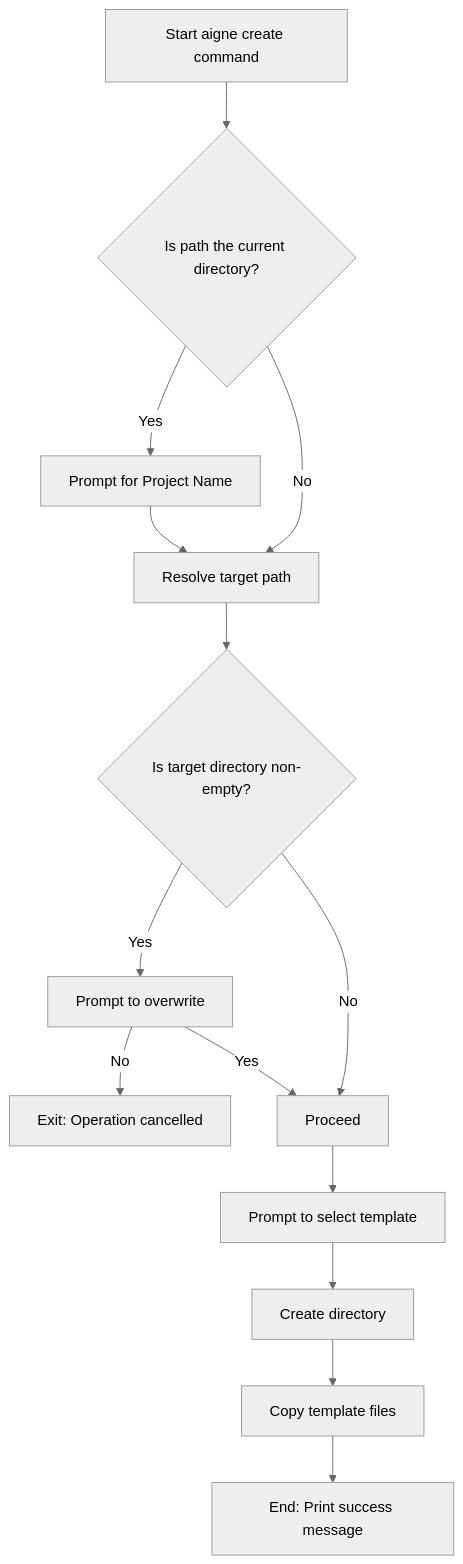
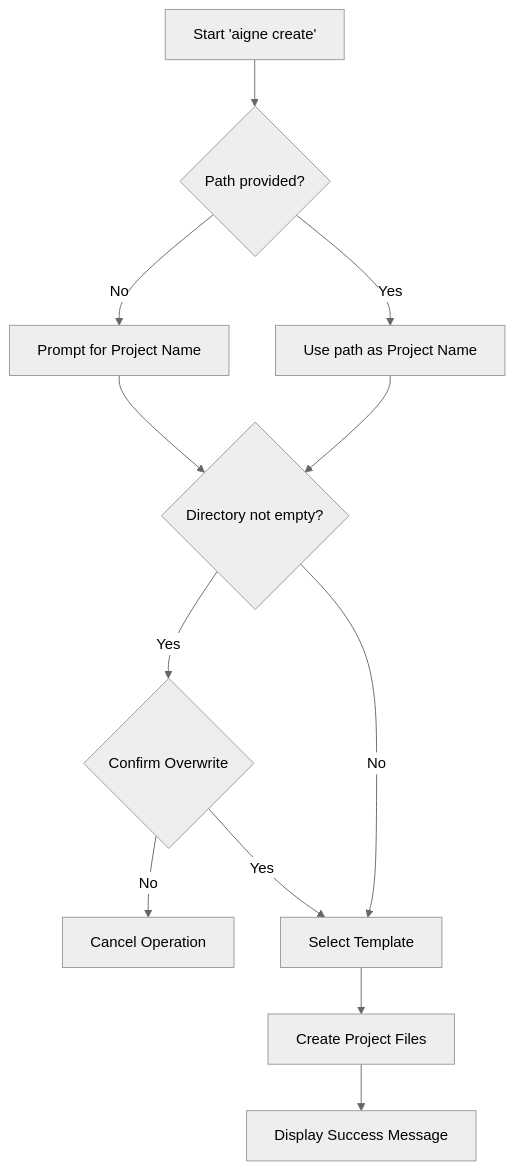
The diagram in packages/cli/docs/command-reference-create.md (AIGNE-io/aigne-framework), drawn with Mermaid (neutral theme) before and after one commit. The commit also changed other lines of this file and 27 other files, not shown here.

````diff
--- a/packages/cli/docs/command-reference-create.md
+++ b/packages/cli/docs/command-reference-create.md
@@ -21,16 +5,14 @@
 ```mermaid
 flowchart TD
-    A["Start aigne create command"] --> B{"Is path the current directory?"};
-    B -- "Yes" --> C["Prompt for Project Name"];
-    C --> D["Resolve target path"];
-    B -- "No" --> D;
-    D --> E{"Is target directory non-empty?"};
-    E -- "Yes" --> F["Prompt to overwrite"];
-    F -- "No" --> G["Exit: Operation cancelled"];
-    F -- "Yes" --> H["Proceed"];
+    A["Start 'aigne create'"] --> B{"Path provided?"};
+    B -- "No" --> C["Prompt for Project Name"];
+    B -- "Yes" --> D["Use path as Project Name"];
+    C --> E{"Directory not empty?"};
+    D --> E;
+    E -- "Yes" --> F{"Confirm Overwrite"};
+    F -- "No" --> G["Cancel Operation"];
+    F -- "Yes" --> H["Select Template"];
     E -- "No" --> H;
-    H --> I["Prompt to select template"];
-    I --> J["Create directory"];
-    J --> K["Copy template files"];
-    K --> L["End: Print success message"];
+    H --> I["Create Project Files"];
+    I --> J["Display Success Message"];
 ```
````
